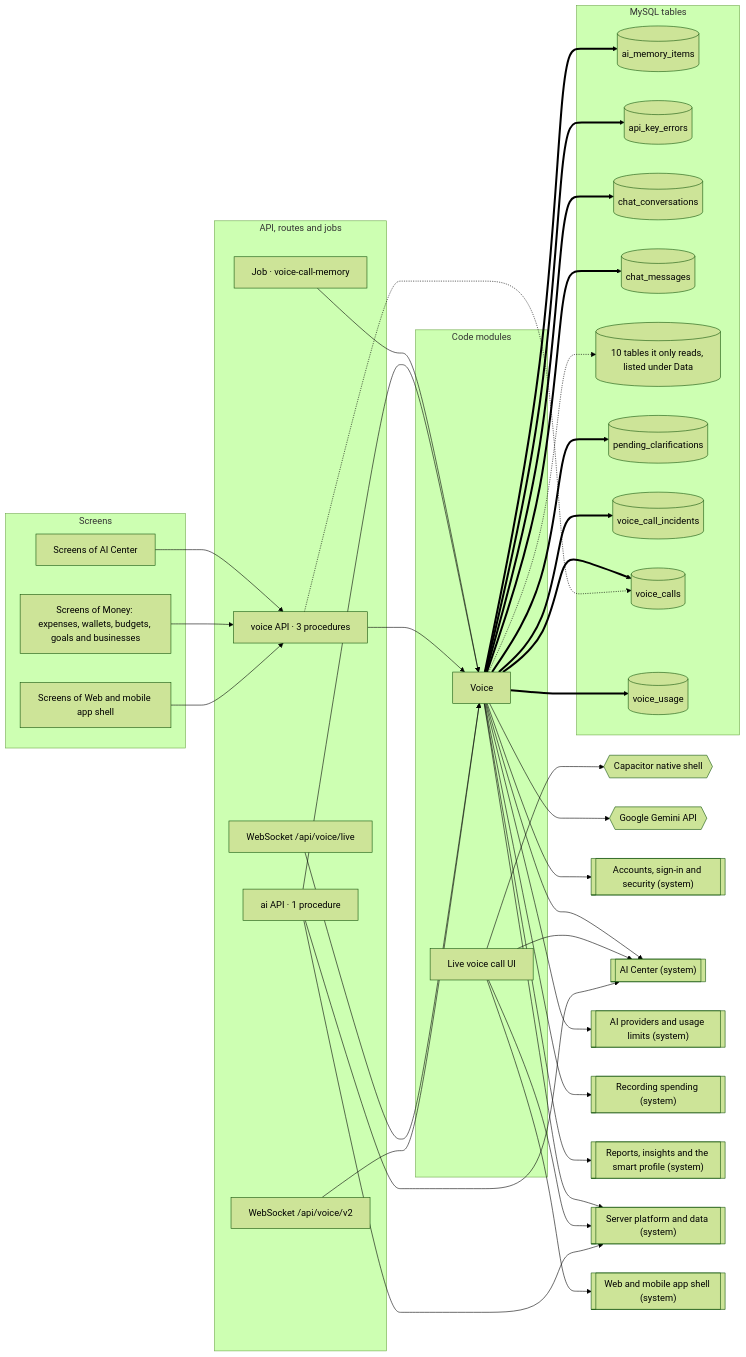
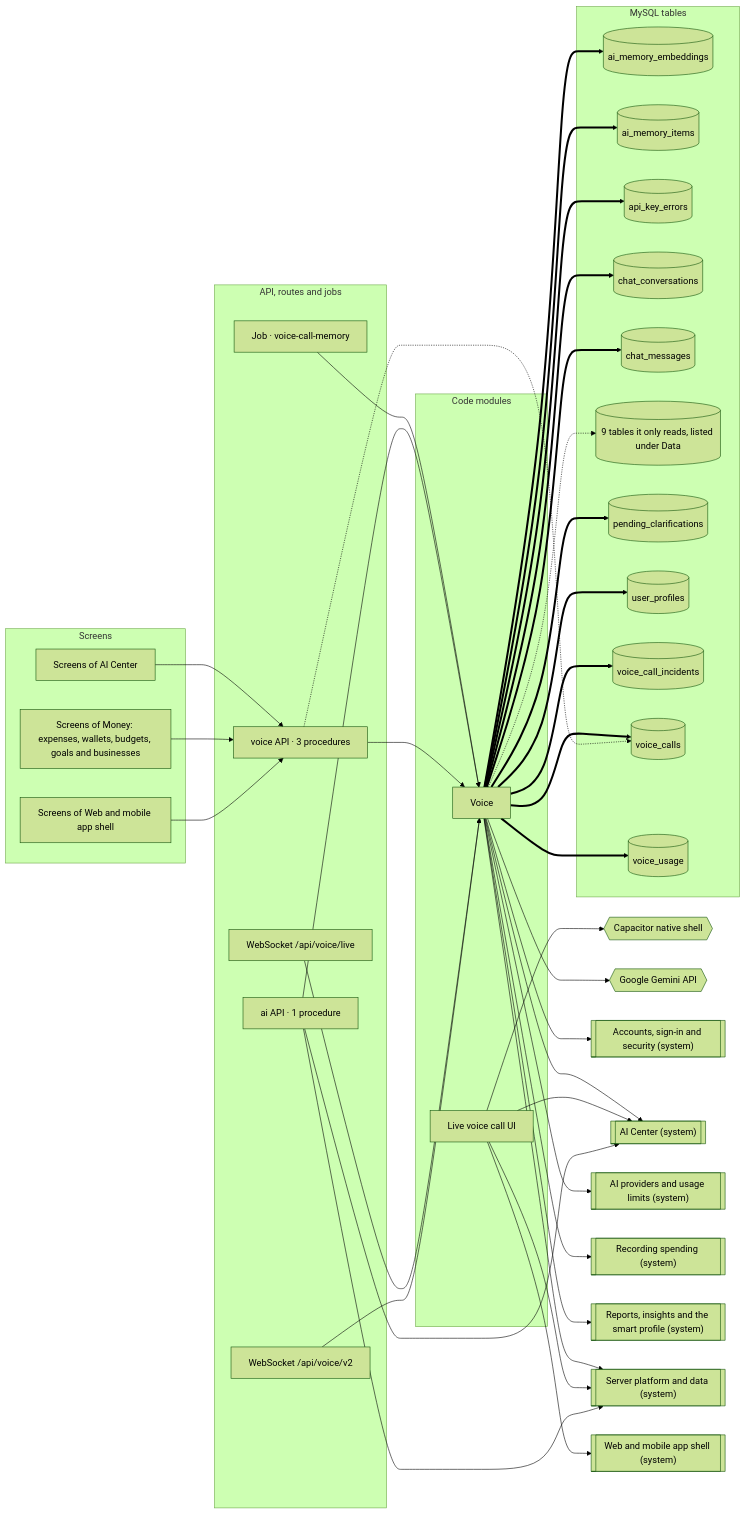
Before and after one commit to mahmoudtaherr111/smartspend_mini_all: the diagram in docs/atlas/systems/voice-calls.md, drawn with Mermaid (forest theme). The commit also changed other lines of this file and 39 other files, not shown here.

````diff
--- a/docs/atlas/systems/voice-calls.md
+++ b/docs/atlas/systems/voice-calls.md
@@ -13,70 +13,74 @@
 ```mermaid
 flowchart LR
   subgraph g_screens["Screens"]
     screens_ai_center["Screens of AI Center"]
     screens_money["Screens of Money: expenses, wallets, budgets, goals and businesses"]
     screens_web_app["Screens of Web and mobile app shell"]
   end
   subgraph g_api["API, routes and jobs"]
     job_voice_call_memory["Job · voice-call-memory"]
     router_ai["ai API · 1 procedure"]
     router_voice["voice API · 3 procedures"]
     ws__api_voice_live["WebSocket /api/voice/live"]
     ws__api_voice_v2["WebSocket /api/voice/v2"]
   end
   subgraph g_modules["Code modules"]
     mod_voice["Voice"]
     mod_web_voice_call["Live voice call UI"]
   end
   subgraph g_tables["MySQL tables"]
+    tbl_ai_memory_embeddings[("ai_memory_embeddings")]
     tbl_ai_memory_items[("ai_memory_items")]
     tbl_api_key_errors[("api_key_errors")]
     tbl_chat_conversations[("chat_conversations")]
     tbl_chat_messages[("chat_messages")]
-    tbl_more[("10 tables it only reads, listed under Data")]
+    tbl_more[("9 tables it only reads, listed under Data")]
     tbl_pending_clarifications[("pending_clarifications")]
+    tbl_user_profiles[("user_profiles")]
     tbl_voice_call_incidents[("voice_call_incidents")]
     tbl_voice_calls[("voice_calls")]
     tbl_voice_usage[("voice_usage")]
   end
   ext_capacitor{{"Capacitor native shell"}}
   ext_gemini{{"Google Gemini API"}}
   sys_accounts[["Accounts, sign-in and security (system)"]]
   sys_ai_center[["AI Center (system)"]]
   sys_ai_platform[["AI providers and usage limits (system)"]]
   sys_expense_capture[["Recording spending (system)"]]
   sys_insights[["Reports, insights and the smart profile (system)"]]
   sys_platform[["Server platform and data (system)"]]
   sys_web_app[["Web and mobile app shell (system)"]]
   job_voice_call_memory --> mod_voice
   mod_voice --> ext_gemini
   mod_voice --> sys_accounts
   mod_voice --> sys_ai_center
   mod_voice --> sys_ai_platform
   mod_voice --> sys_expense_capture
   mod_voice --> sys_insights
   mod_voice --> sys_platform
   mod_voice -.-> tbl_more
+  mod_voice ==> tbl_ai_memory_embeddings
   mod_voice ==> tbl_ai_memory_items
   mod_voice ==> tbl_api_key_errors
   mod_voice ==> tbl_chat_conversations
   mod_voice ==> tbl_chat_messages
   mod_voice ==> tbl_pending_clarifications
+  mod_voice ==> tbl_user_profiles
   mod_voice ==> tbl_voice_call_incidents
   mod_voice ==> tbl_voice_calls
   mod_voice ==> tbl_voice_usage
   mod_web_voice_call --> ext_capacitor
   mod_web_voice_call --> sys_ai_center
   mod_web_voice_call --> sys_platform
   mod_web_voice_call --> sys_web_app
   router_ai --> mod_voice
   router_ai --> sys_ai_center
   router_ai --> sys_platform
   router_voice --> mod_voice
   router_voice -.-> tbl_voice_calls
   screens_ai_center --> router_voice
   screens_money --> router_voice
   screens_web_app --> router_voice
   ws__api_voice_live --> mod_voice
   ws__api_voice_v2 --> mod_voice
 ```
````
